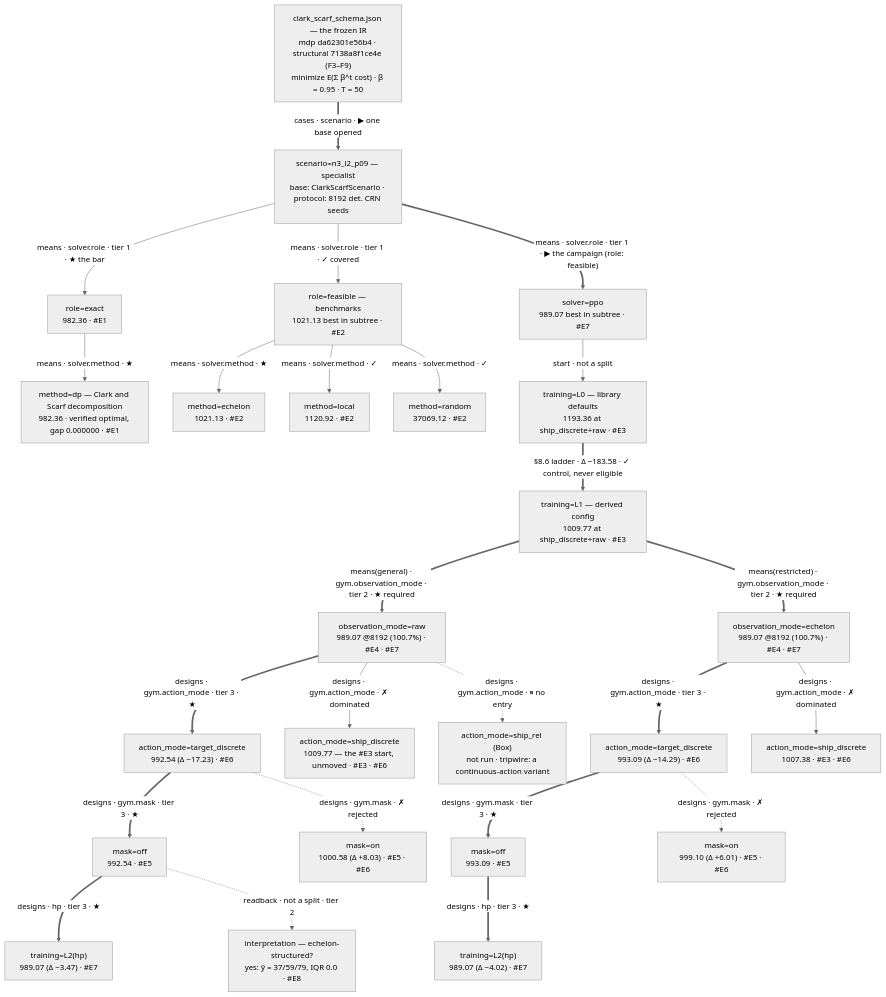
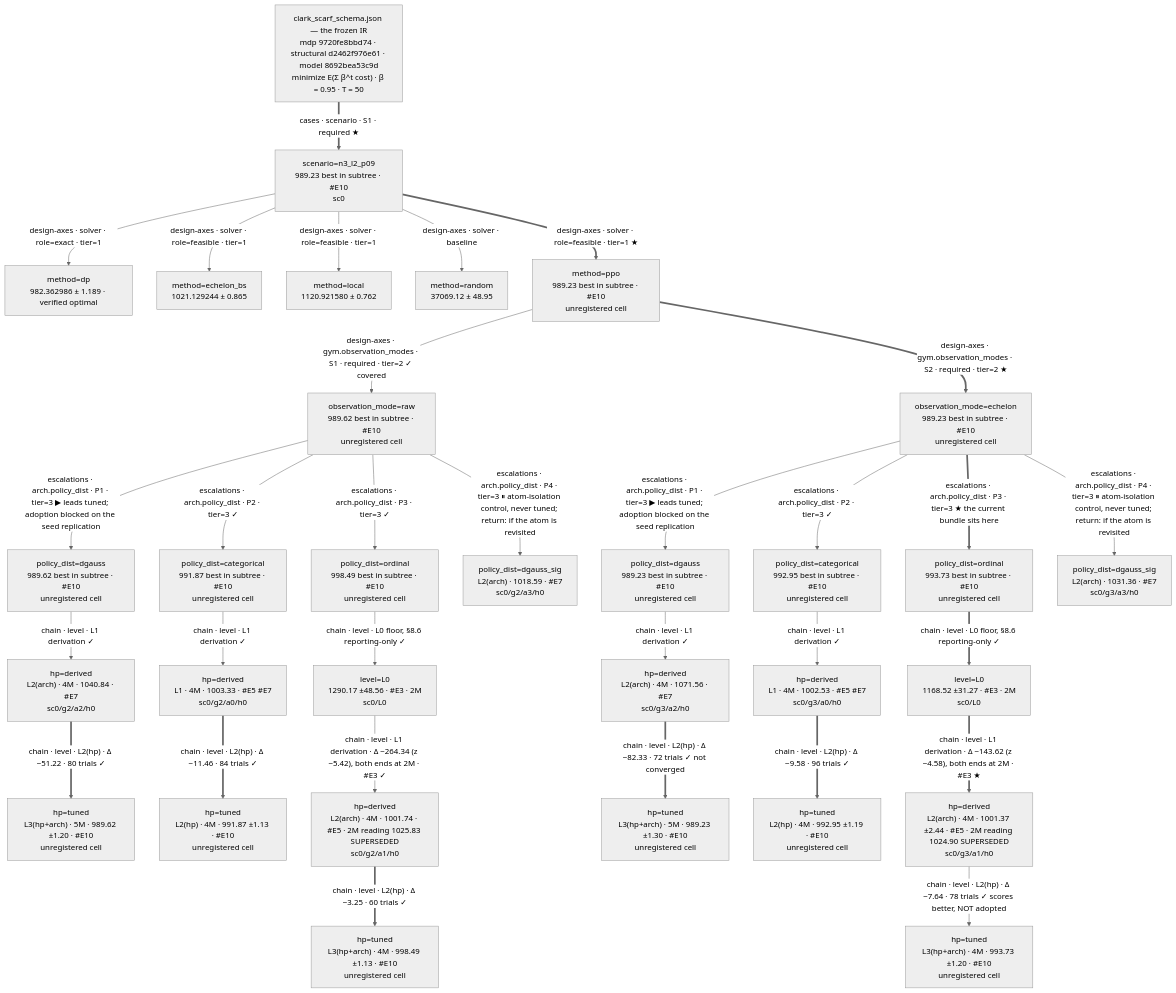
Before and after one commit to tong-wang/auto-mdp-solver: the diagram in cases/clark_scarf/ESCALATION.md, drawn with Mermaid (neutral theme). The commit also changed other lines of this file and 28 other files, not shown here.

````diff
--- a/cases/clark_scarf/ESCALATION.md
+++ b/cases/clark_scarf/ESCALATION.md
@@ -152,40 +20,43 @@
 ```mermaid
 graph TD
-    IR["clark_scarf_schema.json — the frozen IR<br/>mdp da62301e56b4 · structural 7138a8f1ce4e (F3–F9)<br/>minimize E(Σ β^t cost) · β = 0.95 · T = 50"]
+    ROOT["clark_scarf_schema.json — the frozen IR<br/>mdp 9720fe8bbd74 · structural d2462f976e61 · model 8692bea53c9d<br/>minimize E(Σ β^t cost) · β = 0.95 · T = 50"]
+    ROOT ==>|"cases · scenario · S1 · required ★"| SC0["scenario=n3_l2_p09<br/>989.23 best in subtree · #E10<br/>sc0"]
 
-    IR ==>|"cases · scenario · ▶ one base opened"| CELL["scenario=n3_l2_p09 — specialist<br/>base: ClarkScarfScenario · protocol: 8192 det. CRN seeds"]
+    SC0 -->|"design-axes · solver · role=exact · tier=1"| DP["method=dp<br/>982.362986 ± 1.189 · verified optimal"]
+    SC0 -->|"design-axes · solver · role=feasible · tier=1"| EBS["method=echelon_bs<br/>1021.129244 ± 0.865"]
+    SC0 -->|"design-axes · solver · role=feasible · tier=1"| LOC["method=local<br/>1120.921580 ± 0.762"]
+    SC0 -->|"design-axes · solver · baseline"| RND["method=random<br/>37069.12 ± 48.95"]
+    SC0 ==>|"design-axes · solver · role=feasible · tier=1 ★"| PPO["method=ppo<br/>989.23 best in subtree · #E10<br/>unregistered cell"]
 
-    CELL -->|"means · solver.role · tier 1 · ★ the bar"| EXACT["role=exact<br/>982.36 · #E1"]
-    CELL -->|"means · solver.role · tier 1 · ✓ covered"| FEAS["role=feasible — benchmarks<br/>1021.13 best in subtree · #E2"]
-    CELL ==>|"means · solver.role · tier 1 · ▶ the campaign (role: feasible)"| RL["solver=ppo<br/>989.07 best in subtree · #E7"]
+    PPO -->|"design-axes · gym.observation_modes · S1 · required · tier=2 ✓ covered"| RAW["observation_mode=raw<br/>989.62 best in subtree · #E10<br/>unregistered cell"]
+    PPO ==>|"design-axes · gym.observation_modes · S2 · required · tier=2 ★"| ECH["observation_mode=echelon<br/>989.23 best in subtree · #E10<br/>unregistered cell"]
 
-    EXACT -->|"means · solver.method · ★"| DP["method=dp — Clark and Scarf decomposition<br/>982.36 · verified optimal, gap 0.000000 · #E1"]
+    RAW -->|"escalations · arch.policy_dist · P1 · tier=3 ▶ leads tuned; adoption blocked on the seed replication"| RA2["policy_dist=dgauss<br/>989.62 best in subtree · #E10<br/>unregistered cell"]
+    RAW -->|"escalations · arch.policy_dist · P2 · tier=3 ✓"| RA0["policy_dist=categorical<br/>991.87 best in subtree · #E10<br/>unregistered cell"]
+    RAW -->|"escalations · arch.policy_dist · P3 · tier=3 ✓"| RA1["policy_dist=ordinal<br/>998.49 best in subtree · #E10<br/>unregistered cell"]
+    RAW -->|"escalations · arch.policy_dist · P4 · tier=3 ⏸ atom-isolation control, never tuned; return: if the atom is revisited"| RA3["policy_dist=dgauss_sig<br/>L2(arch) · 1018.59 · #E7<br/>sc0/g2/a3/h0"]
 
-    FEAS -->|"means · solver.method · ★"| HECH["method=echelon<br/>1021.13 · #E2"]
-    FEAS -->|"means · solver.method · ✓"| HLOC["method=local<br/>1120.92 · #E2"]
-    FEAS -->|"means · solver.method · ✓"| HRND["method=random<br/>37069.12 · #E2"]
+    RA2 -->|"chain · level · L1 derivation ✓"| R1A2["hp=derived<br/>L2(arch) · 4M · 1040.84 · #E7<br/>sc0/g2/a2/h0"]
+    R1A2 ==>|"chain · level · L2(hp) · Δ −51.22 · 80 trials ✓"| R2A2["hp=tuned<br/>L3(hp+arch) · 5M · 989.62 ±1.20 · #E10<br/>unregistered cell"]
+    RA0 -->|"chain · level · L1 derivation ✓"| R1A0["hp=derived<br/>L1 · 4M · 1003.33 · #E5 #E7<br/>sc0/g2/a0/h0"]
+    R1A0 ==>|"chain · level · L2(hp) · Δ −11.46 · 84 trials ✓"| R2A0["hp=tuned<br/>L2(hp) · 4M · 991.87 ±1.13 · #E10<br/>unregistered cell"]
+    RA1 -->|"chain · level · L0 floor, §8.6 reporting-only ✓"| R0A1["level=L0<br/>1290.17 ±48.56 · #E3 · 2M<br/>sc0/L0"]
+    R0A1 -->|"chain · level · L1 derivation · Δ −264.34 (z −5.42), both ends at 2M · #E3 ✓"| R1A1["hp=derived<br/>L2(arch) · 4M · 1001.74 · #E5 · 2M reading 1025.83 SUPERSEDED<br/>sc0/g2/a1/h0"]
+    R1A1 ==>|"chain · level · L2(hp) · Δ −3.25 · 60 trials ✓"| R2A1["hp=tuned<br/>L3(hp+arch) · 4M · 998.49 ±1.13 · #E10<br/>unregistered cell"]
 
-    RL -->|"start · not a split"| L0["training=L0 — library defaults<br/>1193.36 at ship_discrete+raw · #E3"]
-    L0 ==>|"§8.6 ladder · Δ −183.58 · ✓ control, never eligible"| L1["training=L1 — derived config<br/>1009.77 at ship_discrete+raw · #E3"]
+    ECH ==>|"escalations · arch.policy_dist · P3 · tier=3 ★ the current bundle sits here"| EA1["policy_dist=ordinal<br/>993.73 best in subtree · #E10<br/>unregistered cell"]
+    ECH -->|"escalations · arch.policy_dist · P1 · tier=3 ▶ leads tuned; adoption blocked on the seed replication"| EA2["policy_dist=dgauss<br/>989.23 best in subtree · #E10<br/>unregistered cell"]
+    ECH -->|"escalations · arch.policy_dist · P2 · tier=3 ✓"| EA0["policy_dist=categorical<br/>992.95 best in subtree · #E10<br/>unregistered cell"]
+    ECH -->|"escalations · arch.policy_dist · P4 · tier=3 ⏸ atom-isolation control, never tuned; return: if the atom is revisited"| EA3["policy_dist=dgauss_sig<br/>L2(arch) · 1031.36 · #E7<br/>sc0/g3/a3/h0"]
 
-    L1 ==>|"means(general) · gym.observation_mode · tier 2 · ★ required"| RAW["observation_mode=raw<br/>989.07 @8192 (100.7%) · #E4 · #E7"]
-    L1 ==>|"means(restricted) · gym.observation_mode · tier 2 · ★ required"| ECH["observation_mode=echelon<br/>989.07 @8192 (100.7%) · #E4 · #E7"]
+    EA2 -->|"chain · level · L1 derivation ✓"| E1A2["hp=derived<br/>L2(arch) · 4M · 1071.56 · #E7<br/>sc0/g3/a2/h0"]
+    E1A2 ==>|"chain · level · L2(hp) · Δ −82.33 · 72 trials ✓ not converged"| E2A2["hp=tuned<br/>L3(hp+arch) · 5M · 989.23 ±1.30 · #E10<br/>unregistered cell"]
+    EA0 -->|"chain · level · L1 derivation ✓"| E1A0["hp=derived<br/>L1 · 4M · 1002.53 · #E5 #E7<br/>sc0/g3/a0/h0"]
+    E1A0 ==>|"chain · level · L2(hp) · Δ −9.58 · 96 trials ✓"| E2A0["hp=tuned<br/>L2(hp) · 4M · 992.95 ±1.19 · #E10<br/>unregistered cell"]
+    EA1 ==>|"chain · level · L0 floor, §8.6 reporting-only ✓"| E0A1["level=L0<br/>1168.52 ±31.27 · #E3 · 2M<br/>sc0/L0"]
+    E0A1 ==>|"chain · level · L1 derivation · Δ −143.62 (z −4.58), both ends at 2M · #E3 ★"| E1A1["hp=derived<br/>L2(arch) · 4M · 1001.37 ±2.44 · #E5 · 2M reading 1024.90 SUPERSEDED<br/>sc0/g3/a1/h0"]
+    E1A1 -->|"chain · level · L2(hp) · Δ −7.64 · 78 trials ✓ scores better, NOT adopted"| E2A1["hp=tuned<br/>L3(hp+arch) · 4M · 993.73 ±1.20 · #E10<br/>unregistered cell"]
 
-    RAW ==>|"designs · gym.action_mode · tier 3 · ★"| RTGT["action_mode=target_discrete<br/>992.54 (Δ −17.23) · #E6"]
-    RAW -->|"designs · gym.action_mode · ✗ dominated"| RSHIP["action_mode=ship_discrete<br/>1009.77 — the #E3 start, unmoved · #E3 · #E6"]
-    RAW -.->|"designs · gym.action_mode · ⏸ no entry"| CONT["action_mode=ship_rel (Box)<br/>not run · tripwire: a continuous-action variant"]
-
-    RTGT ==>|"designs · gym.mask · tier 3 · ★"| RNOMASK["mask=off<br/>992.54 · #E5"]
-    RTGT -.->|"designs · gym.mask · ✗ rejected"| RMASK["mask=on<br/>1000.58 (Δ +8.03) · #E5 · #E6"]
-
-    RNOMASK ==>|"designs · hp · tier 3 · ★"| RHP["training=L2(hp)<br/>989.07 (Δ −3.47) · #E7"]
-    RNOMASK -.->|"readback · not a split · tier 2"| RPROBE["interpretation — echelon-structured?<br/>yes: ȳ = 37/59/79, IQR 0.0 · #E8"]
-
-    ECH ==>|"designs · gym.action_mode · tier 3 · ★"| ETGT["action_mode=target_discrete<br/>993.09 (Δ −14.29) · #E6"]
-    ECH -->|"designs · gym.action_mode · ✗ dominated"| ESHIP["action_mode=ship_discrete<br/>1007.38 · #E3 · #E6"]
-
-    ETGT ==>|"designs · gym.mask · tier 3 · ★"| ENOMASK["mask=off<br/>993.09 · #E5"]
-    ETGT -.->|"designs · gym.mask · ✗ rejected"| EMASK["mask=on<br/>999.10 (Δ +6.01) · #E5 · #E6"]
-
-    ENOMASK ==>|"designs · hp · tier 3 · ★"| EHP["training=L2(hp)<br/>989.07 (Δ −4.02) · #E7"]
+    %% dp / echelon_bs / local / random carry no config address: an analytic
+    %% reference holds no g/a/h (guide §3.1)
 ```
````
